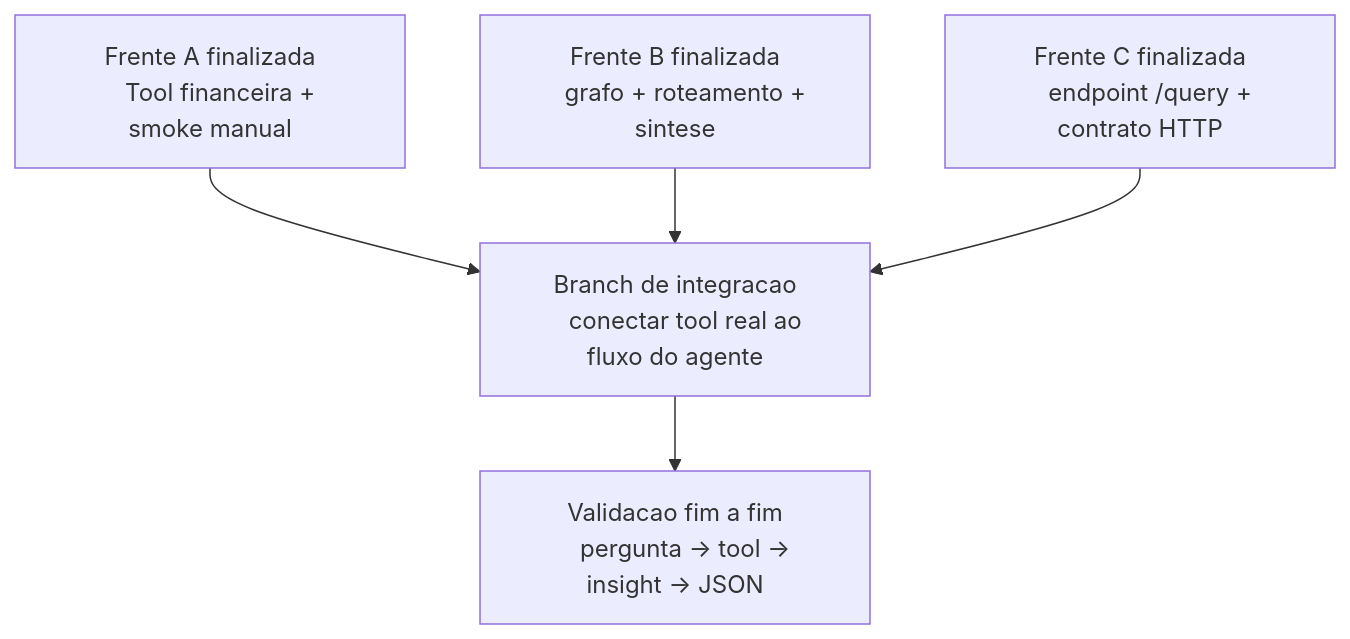
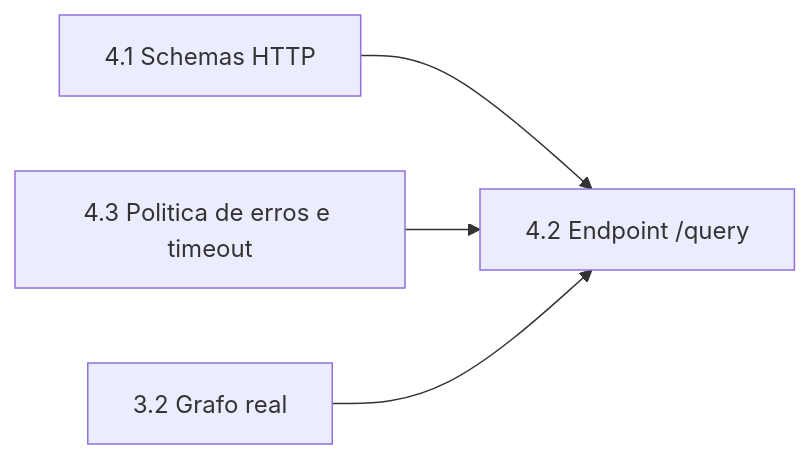
Before and after one commit to Gabriel-Fachini/media-traffic-ai-analyst: the fourth of 6 diagrams in .specs/parallelization-flows.md, drawn with Mermaid. The commit also changed other lines of this file and 2 other files, not shown here.

````diff
--- a/.specs/parallelization-flows.md
+++ b/.specs/parallelization-flows.md
@@ -37,15 +178,6 @@
 ```mermaid
-flowchart TB
-    SQL["Frente A finalizada
-    Tool financeira + smoke manual"] --> Integracao["Branch de integracao
-    conectar tool real ao fluxo do agente"]
-
-    Graph["Frente B finalizada
-    grafo + roteamento + sintese"] --> Integracao
-
-    API["Frente C finalizada
-    endpoint /query + contrato HTTP"] --> Integracao
-
-    Integracao --> Validacao["Validacao fim a fim
-    pergunta -> tool -> insight -> JSON"]
+flowchart LR
+    A41["4.1 Schemas HTTP"] --> A42["4.2 Endpoint /query"]
+    A43["4.3 Politica de erros e timeout"] --> A42
+    G32["3.2 Grafo real"] --> A42
 ```
````
